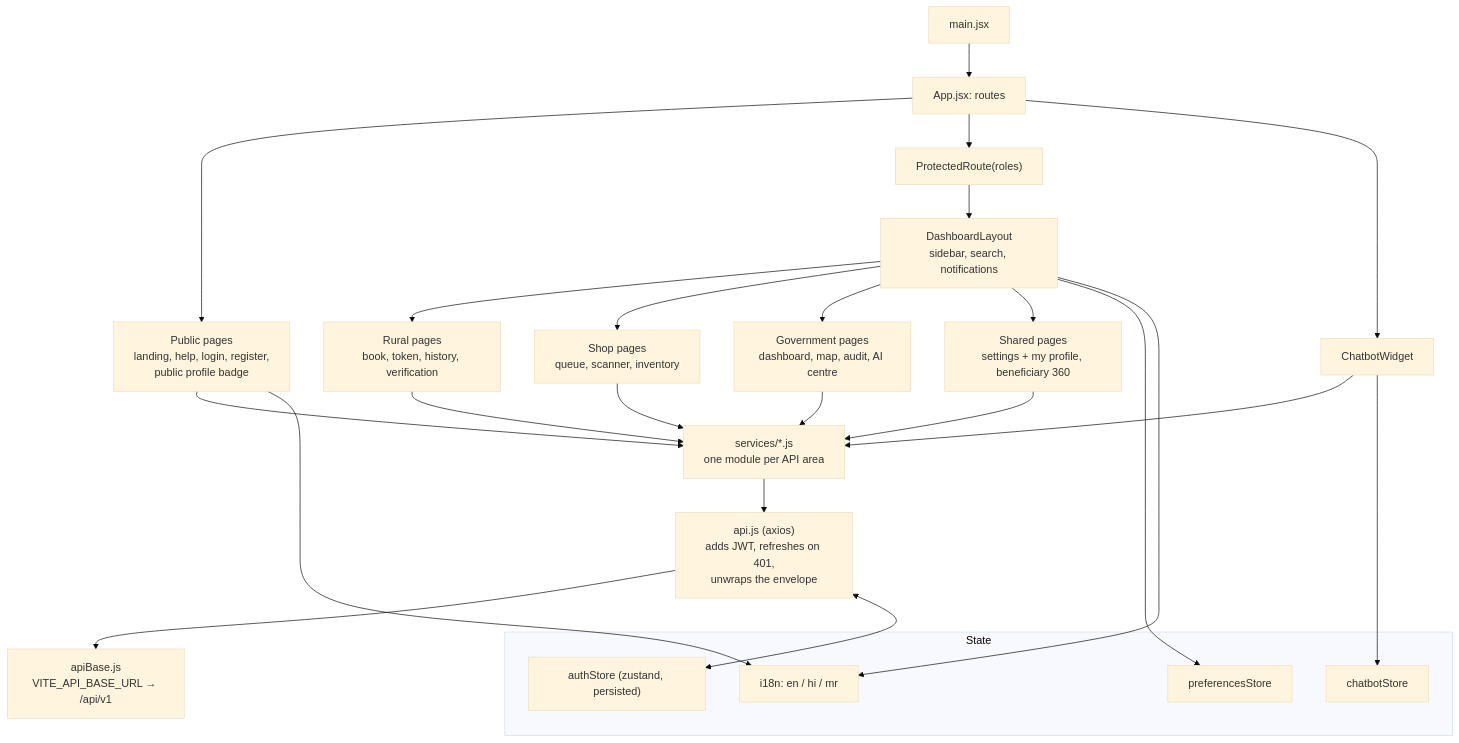
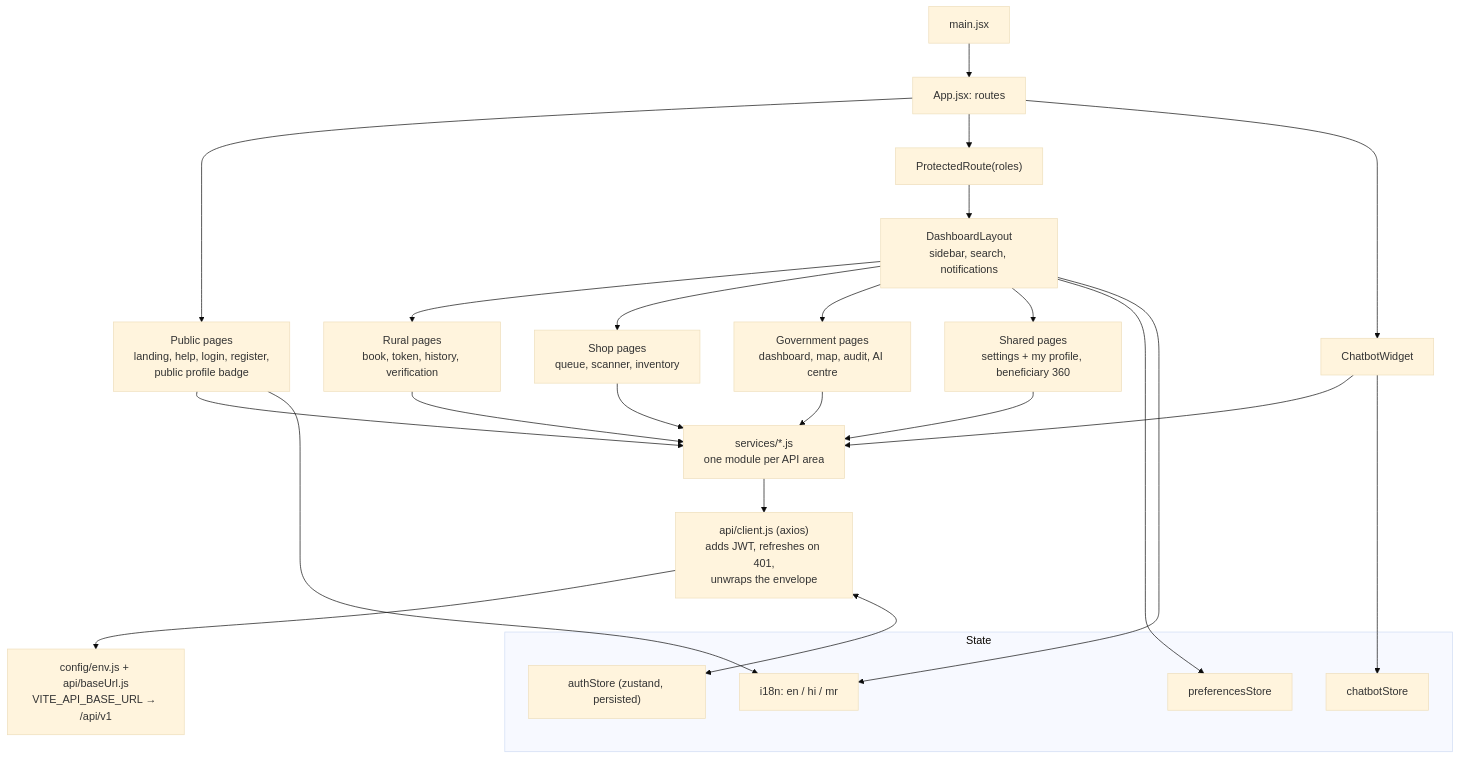
One commit to DIPESHCHOUHAN91466/smart-ration-appp changed the second of 10 diagrams in docs/architecture/DIAGRAMS.md. Above: the diagram before and after it, drawn with Mermaid (base theme). The commit also changed 87 other files, not shown here.

First line of the commit message:
Restructure E: frontend src/ into the target layout (api, config, state, features, utils, types, styles)

````diff
--- a/docs/architecture/DIAGRAMS.md
+++ b/docs/architecture/DIAGRAMS.md
@@ -52,27 +52,27 @@
 ```mermaid
 flowchart TB
     M["main.jsx"] --> APP["App.jsx: routes"]
     APP --> PUB["Public pages<br/>landing, help, login, register,<br/>public profile badge"]
     APP --> PR["ProtectedRoute(roles)"]
     PR --> DL["DashboardLayout<br/>sidebar, search, notifications"]
     DL --> RU["Rural pages<br/>book, token, history, verification"]
     DL --> SH["Shop pages<br/>queue, scanner, inventory"]
     DL --> GV["Government pages<br/>dashboard, map, audit, AI centre"]
     DL --> SS["Shared pages<br/>settings + my profile, beneficiary 360"]
     APP --> CB["ChatbotWidget"]
 
     RU & SH & GV & SS & PUB & CB --> SV["services/*.js<br/>one module per API area"]
-    SV --> AX["api.js (axios)<br/>adds JWT, refreshes on 401,<br/>unwraps the envelope"]
-    AX --> BASE["apiBase.js<br/>VITE_API_BASE_URL → /api/v1"]
+    SV --> AX["api/client.js (axios)<br/>adds JWT, refreshes on 401,<br/>unwraps the envelope"]
+    AX --> BASE["config/env.js + api/baseUrl.js<br/>VITE_API_BASE_URL → /api/v1"]
 
     subgraph ST["State"]
         AS["authStore (zustand, persisted)"]
         PS["preferencesStore"]
         CS["chatbotStore"]
         I18["i18n: en / hi / mr"]
     end
     AX <--> AS
     DL --> PS
     CB --> CS
     PUB & DL --> I18
 ```
````
